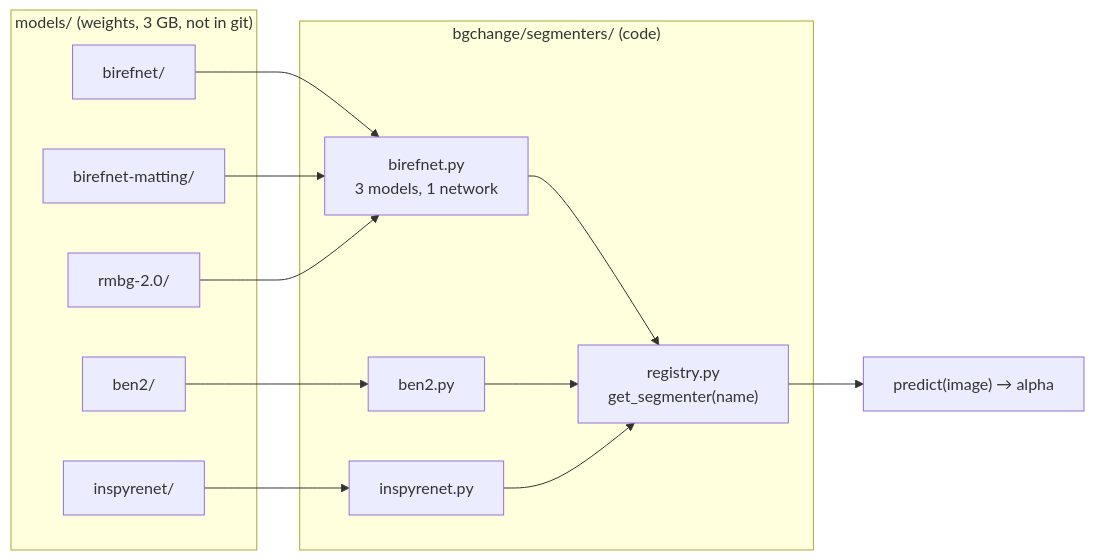
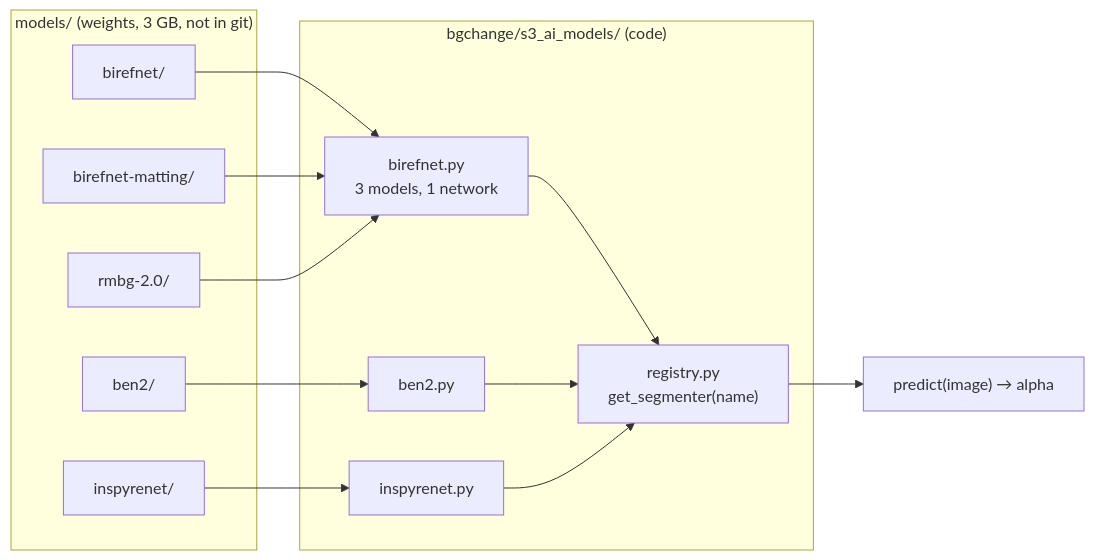
Before and after one commit to Maher-bouchrara/bg-changer-MODELIA: the diagram in docs/04-segmentation-models.md, drawn with Mermaid. The commit also changed other lines of this file and 76 other files, not shown here.

````diff
--- a/docs/04-segmentation-models.md
+++ b/docs/04-segmentation-models.md
@@ -8,25 +8,25 @@
 ```mermaid
 flowchart LR
     subgraph disk["models/ (weights, 3 GB, not in git)"]
         W1["birefnet/"]
         W2["birefnet-matting/"]
         W3["rmbg-2.0/"]
         W4["ben2/"]
         W5["inspyrenet/"]
     end
-    subgraph code["bgchange/segmenters/ (code)"]
+    subgraph code["bgchange/s3_ai_models/ (code)"]
         A1["birefnet.py<br/>3 models, 1 network"]
         A2["ben2.py"]
         A3["inspyrenet.py"]
         R["registry.py<br/>get_segmenter(name)"]
     end
     W1 --> A1
     W2 --> A1
     W3 --> A1
     W4 --> A2
     W5 --> A3
     A1 --> R
     A2 --> R
     A3 --> R
     R --> P["predict(image) → alpha"]
 ```
````
